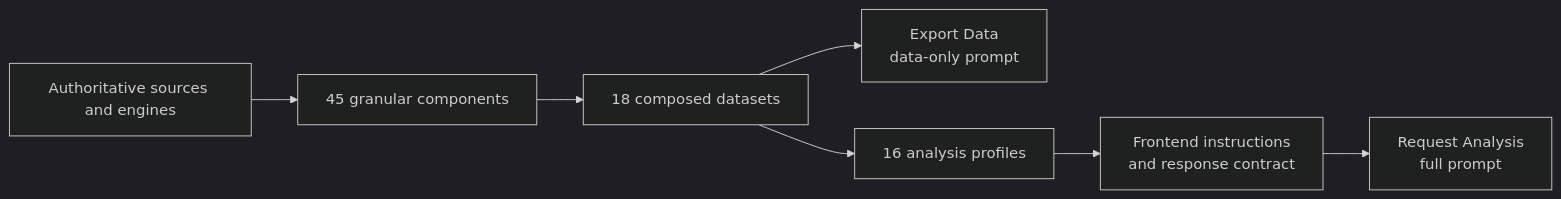
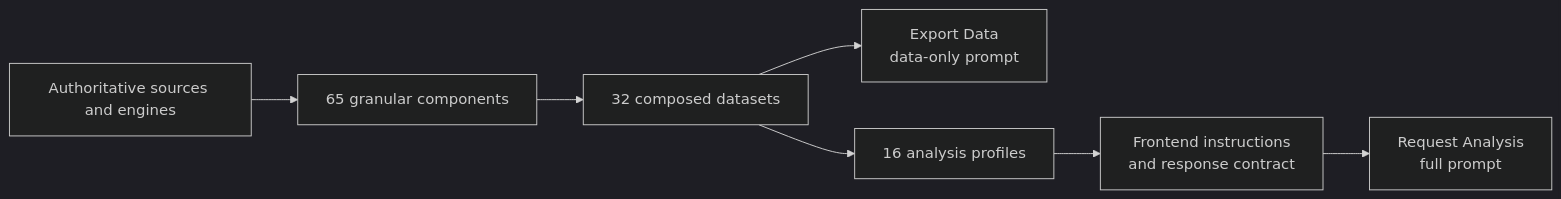
Before and after one commit to Librefolio/LibreFolio: the first of 2 diagrams in mkdocs_src/docs/developer/architecture/patterns/ai_export_snapshot.md, drawn with Mermaid (dark theme). The commit also changed other lines of this file and 97 other files, not shown here.

````diff
--- a/mkdocs_src/docs/developer/architecture/patterns/ai_export_snapshot.md
+++ b/mkdocs_src/docs/developer/architecture/patterns/ai_export_snapshot.md
@@ -29,9 +31,9 @@
 ```mermaid
 flowchart LR
-    S["Authoritative sources and engines"] --> C["45 granular components"]
-    C --> D["18 composed datasets"]
+    S["Authoritative sources and engines"] --> C["65 granular components"]
+    C --> D["32 composed datasets"]
     D --> E["Export Data<br/>data-only prompt"]
     D --> A["16 analysis profiles"]
     A --> F["Frontend instructions<br/>and response contract"]
     F --> P["Request Analysis<br/>full prompt"]
 ```
````
